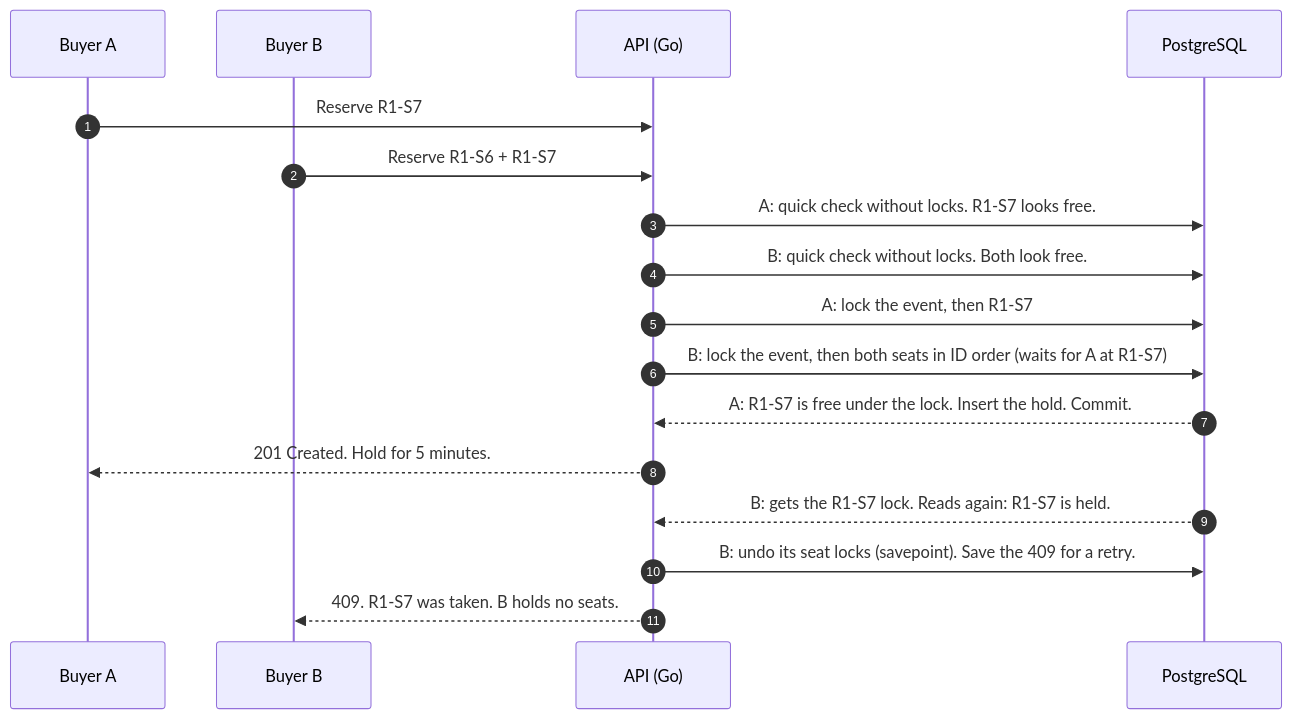
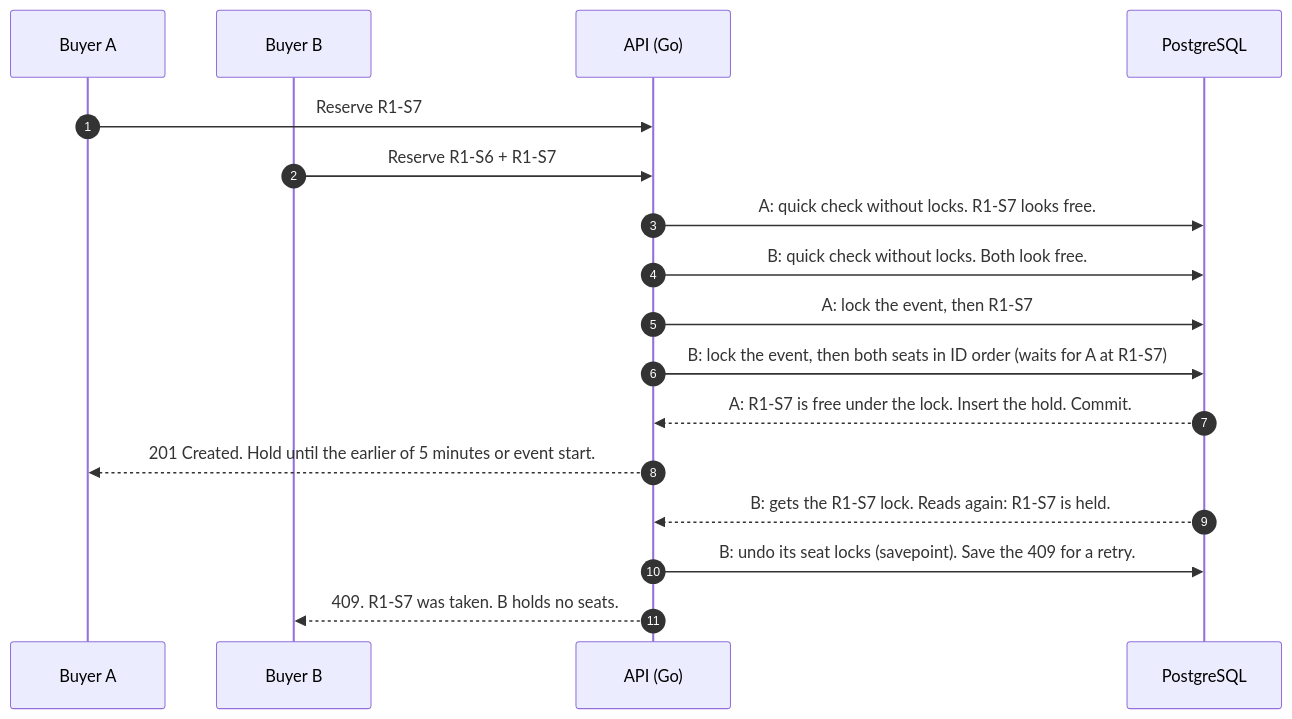
The diagram in README.md (Ayan-sh03/ticker), drawn with Mermaid before and after one commit. The commit also changed other lines of this file and 4 other files, not shown here.

Commit message:
End seat holds and confirmations at event start

````diff
--- a/README.md
+++ b/README.md
@@ -53,19 +53,19 @@
 ```mermaid
 sequenceDiagram
     autonumber
     participant A as Buyer A
     participant B as Buyer B
     participant API as API (Go)
     participant DB as PostgreSQL
     A->>API: Reserve R1-S7
     B->>API: Reserve R1-S6 + R1-S7
     API->>DB: A: quick check without locks. R1-S7 looks free.
     API->>DB: B: quick check without locks. Both look free.
     API->>DB: A: lock the event, then R1-S7
     API->>DB: B: lock the event, then both seats in ID order (waits for A at R1-S7)
     DB-->>API: A: R1-S7 is free under the lock. Insert the hold. Commit.
-    API-->>A: 201 Created. Hold for 5 minutes.
+    API-->>A: 201 Created. Hold until the earlier of 5 minutes or event start.
     DB-->>API: B: gets the R1-S7 lock. Reads again: R1-S7 is held.
     API->>DB: B: undo its seat locks (savepoint). Save the 409 for a retry.
     API-->>B: 409. R1-S7 was taken. B holds no seats.
 ```
````
